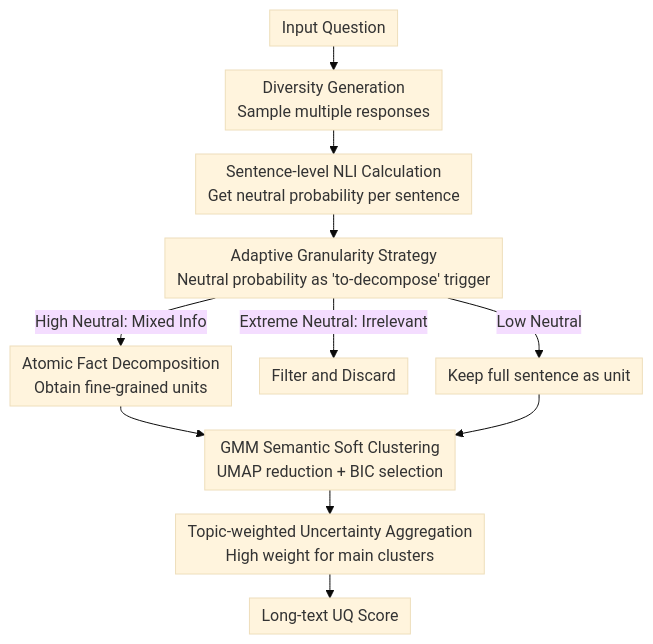
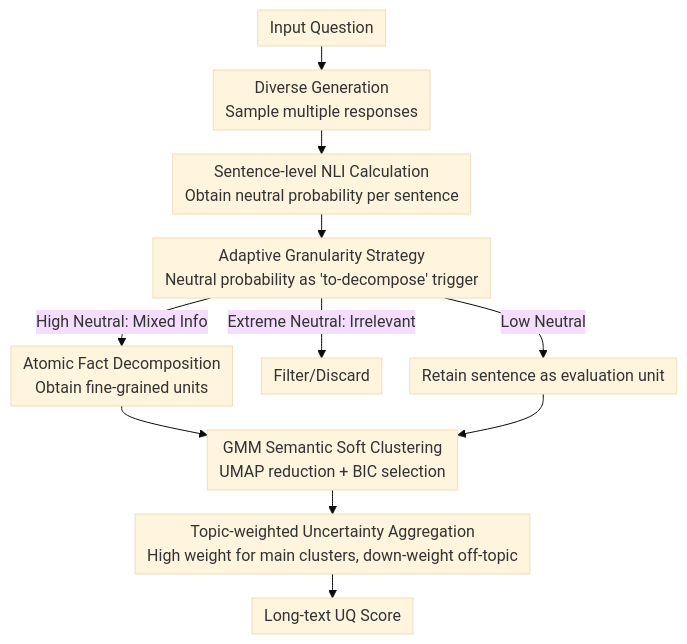
One commit to zhaoyang97/Paper-Notes-en changed the diagram in docs/ACL2026/llm_safety/agsc_adaptive_granularity_and_semantic_clustering_for_uncertainty_quantification.md. Above: the diagram before and after it, drawn with Mermaid (base theme). The commit also changed other lines of this file and 5084 other files, not shown here.

````diff
--- a/docs/ACL2026/llm_safety/agsc_adaptive_granularity_and_semantic_clustering_for_uncertainty_quantification.md
+++ b/docs/ACL2026/llm_safety/agsc_adaptive_granularity_and_semantic_clustering_for_uncertainty_quantification.md
@@ -45,14 +45,14 @@
 ```mermaid
 %%{init: {'flowchart': {'rankSpacing': 24, 'nodeSpacing': 28, 'padding': 6, 'wrappingWidth': 400}}}%%
 flowchart TD
-    A["Input Question"] --> B["Diversity Generation<br/>Sample multiple responses"]
-    B --> C["Sentence-level NLI Calculation<br/>Get neutral probability per sentence"]
+    A["Input Question"] --> B["Diverse Generation<br/>Sample multiple responses"]
+    B --> C["Sentence-level NLI Calculation<br/>Obtain neutral probability per sentence"]
     C --> D["Adaptive Granularity Strategy<br/>Neutral probability as 'to-decompose' trigger"]
     D -->|"High Neutral: Mixed Info"| E["Atomic Fact Decomposition<br/>Obtain fine-grained units"]
-    D -->|"Extreme Neutral: Irrelevant"| F["Filter and Discard"]
-    D -->|"Low Neutral"| G["Keep full sentence as unit"]
+    D -->|"Extreme Neutral: Irrelevant"| F["Filter/Discard"]
+    D -->|"Low Neutral"| G["Retain sentence as evaluation unit"]
     E --> H["GMM Semantic Soft Clustering<br/>UMAP reduction + BIC selection"]
     G --> H
-    H --> I["Topic-weighted Uncertainty Aggregation<br/>High weight for main clusters"]
+    H --> I["Topic-weighted Uncertainty Aggregation<br/>High weight for main clusters, down-weight off-topic"]
     I --> J["Long-text UQ Score"]
 ```
````
